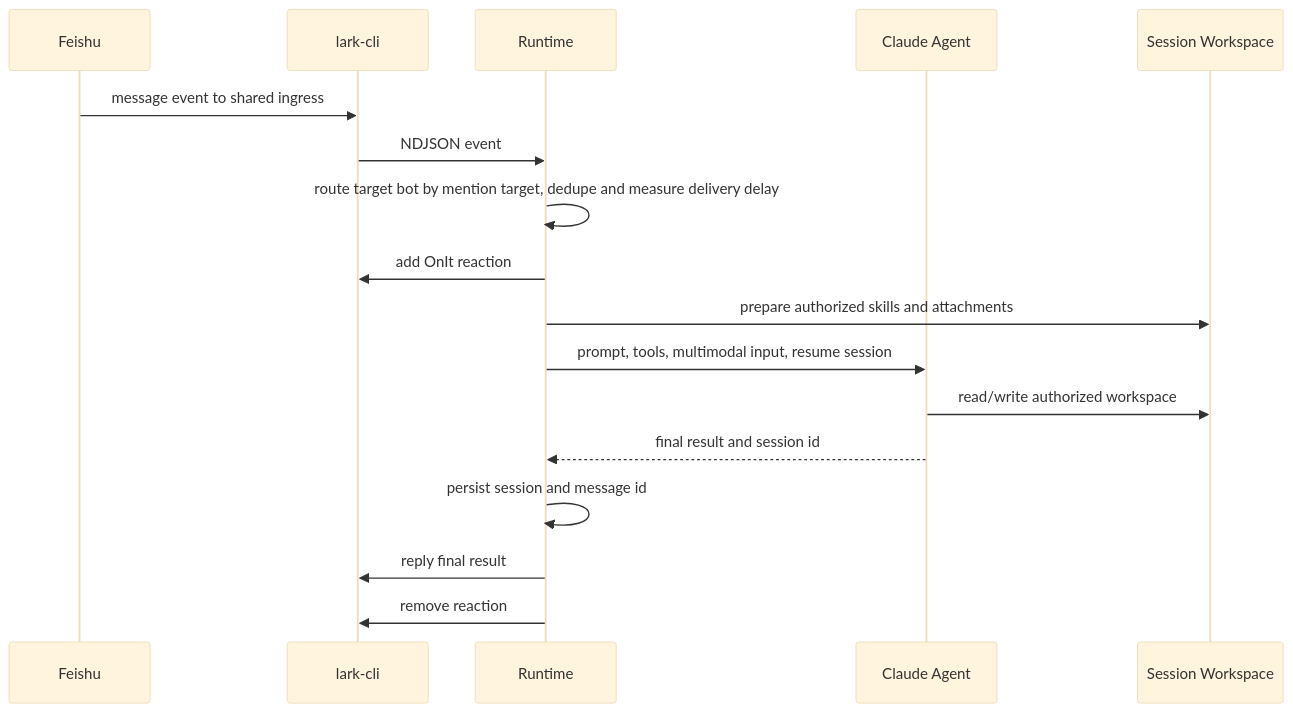
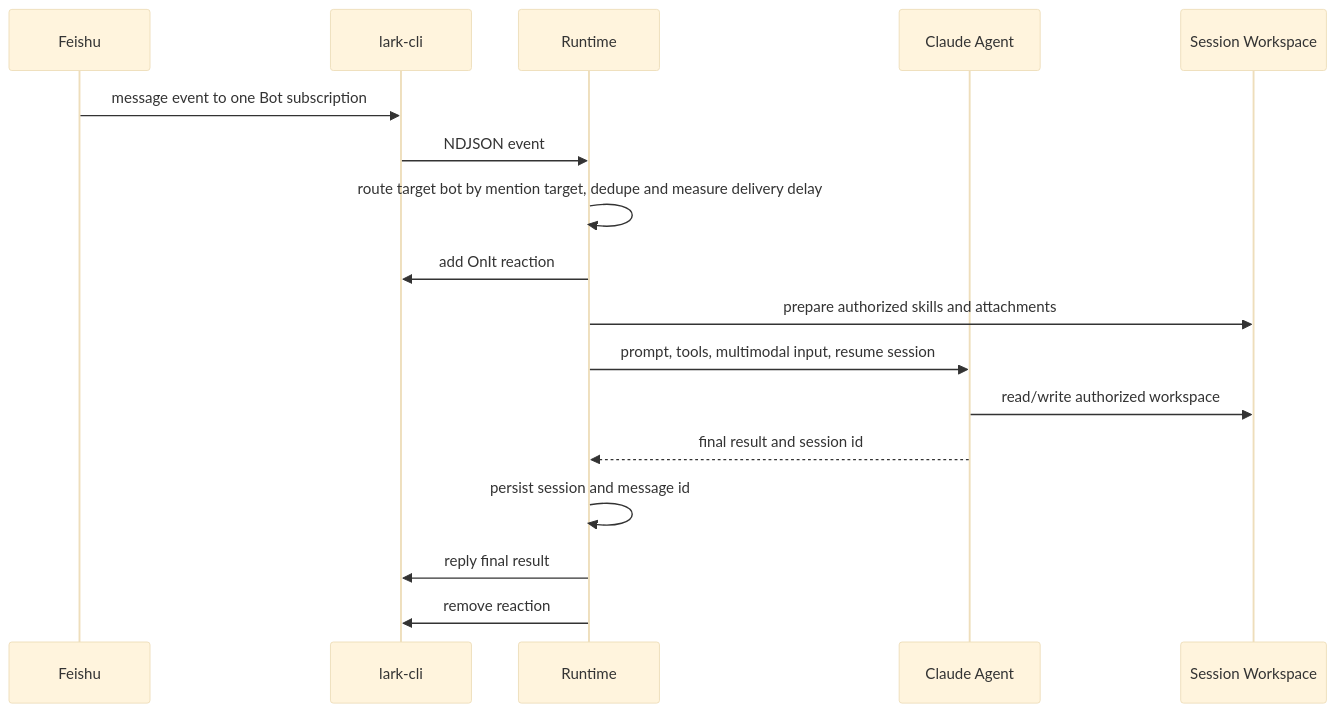
The second of 2 diagrams in docs/architecture.md (Quarkfan/QuarkFanTools), drawn with Mermaid (base theme) before and after one commit. The commit also changed other lines of this file and 10 other files, not shown here.

Commit message:
fix: isolate lark event streams per bot

````diff
--- a/docs/architecture.md
+++ b/docs/architecture.md
@@ -30,20 +30,20 @@
 ```mermaid
 sequenceDiagram
     participant F as Feishu
     participant L as lark-cli
     participant R as Runtime
     participant C as Claude Agent
     participant W as Session Workspace
 
-    F->>L: message event to shared ingress
+    F->>L: message event to one Bot subscription
     L->>R: NDJSON event
     R->>R: route target bot by mention target, dedupe and measure delivery delay
     R->>L: add OnIt reaction
     R->>W: prepare authorized skills and attachments
     R->>C: prompt, tools, multimodal input, resume session
     C->>W: read/write authorized workspace
     C-->>R: final result and session id
     R->>R: persist session and message id
     R->>L: reply final result
     R->>L: remove reaction
 ```
````
